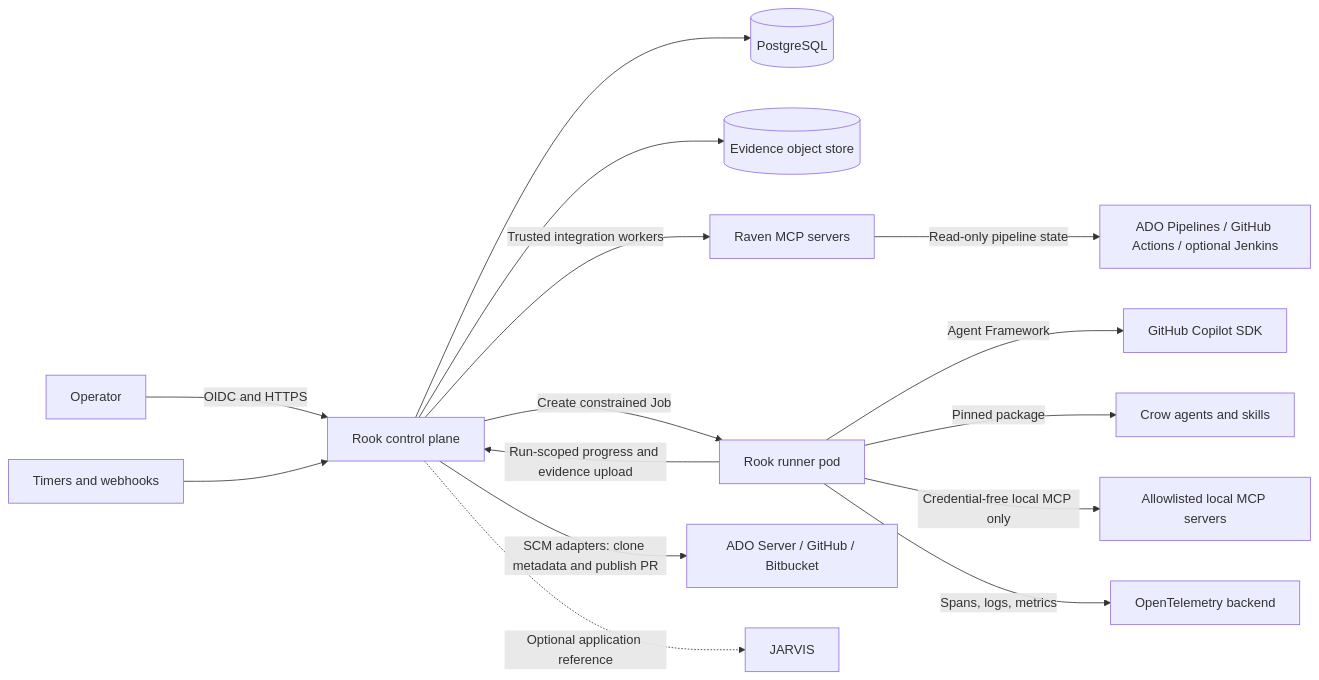
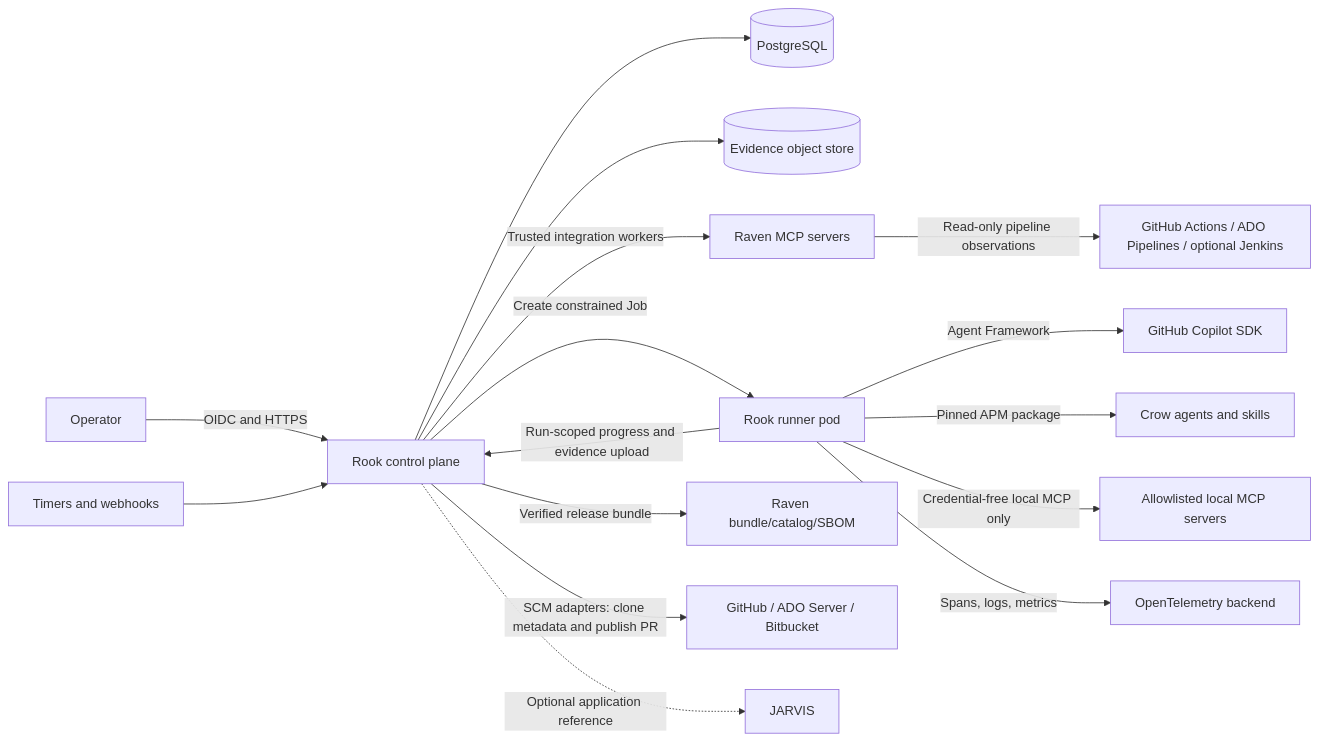
Before and after one commit to bcgov/rook: the first of 3 diagrams in docs/orchestration-framework-plan.md, drawn with Mermaid. The commit also changed other lines of this file, not shown here.

Commit message:
Agent Host changes for agents/update-orchestration-framework-plan

````diff
--- a/docs/orchestration-framework-plan.md
+++ b/docs/orchestration-framework-plan.md
@@ -128,17 +161,18 @@
 ```mermaid
 flowchart LR
     Operator[Operator] -->|OIDC and HTTPS| Control[Rook control plane]
     Scheduler[Timers and webhooks] --> Control
     Control --> State[(PostgreSQL)]
     Control --> Evidence[(Evidence object store)]
     Control -->|Trusted integration workers| Raven[Raven MCP servers]
     Control -->|Create constrained Job| Runner[Rook runner pod]
     Runner -->|Agent Framework| Copilot[GitHub Copilot SDK]
-    Runner -->|Pinned package| Crow[Crow agents and skills]
+    Runner -->|Pinned APM package| Crow[Crow agents and skills]
+    Control -->|Verified release bundle| RavenPkg[Raven bundle/catalog/SBOM]
     Runner -->|Credential-free local MCP only| LocalMcp[Allowlisted local MCP servers]
     Runner -->|Run-scoped progress and evidence upload| Control
-    Control -->|SCM adapters: clone metadata and publish PR| Scm[ADO Server / GitHub / Bitbucket]
-    Raven -->|Read-only pipeline state| Ci[ADO Pipelines / GitHub Actions / optional Jenkins]
+    Control -->|SCM adapters: clone metadata and publish PR| Scm[GitHub / ADO Server / Bitbucket]
+    Raven -->|Read-only pipeline observations| Ci[GitHub Actions / ADO Pipelines / optional Jenkins]
     Control -.->|Optional application reference| Jarvis[JARVIS]
     Runner -->|Spans, logs, metrics| Telemetry[OpenTelemetry backend]
 ```
````
